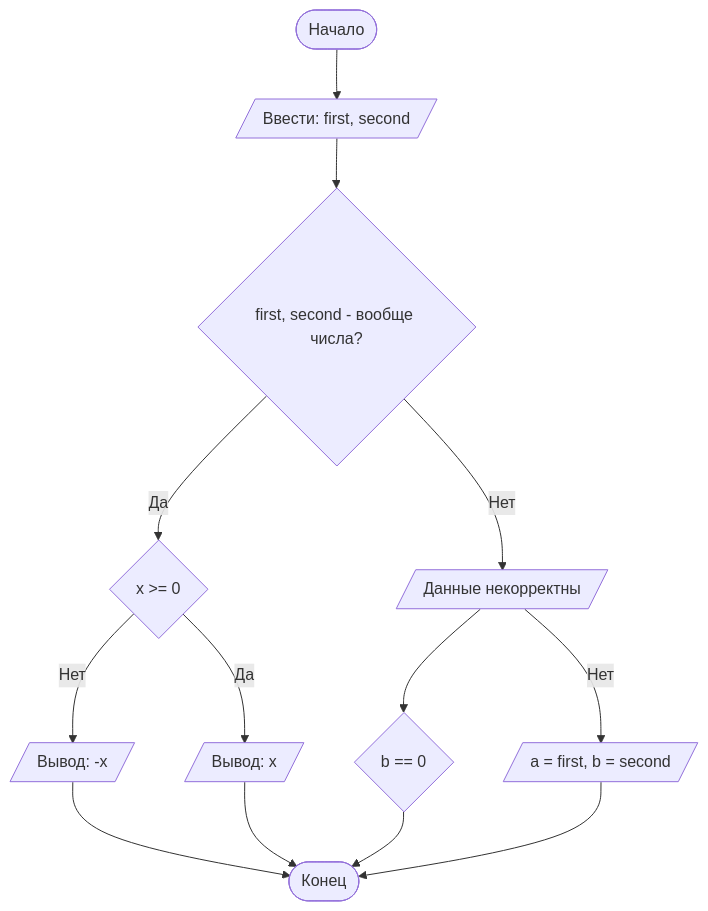
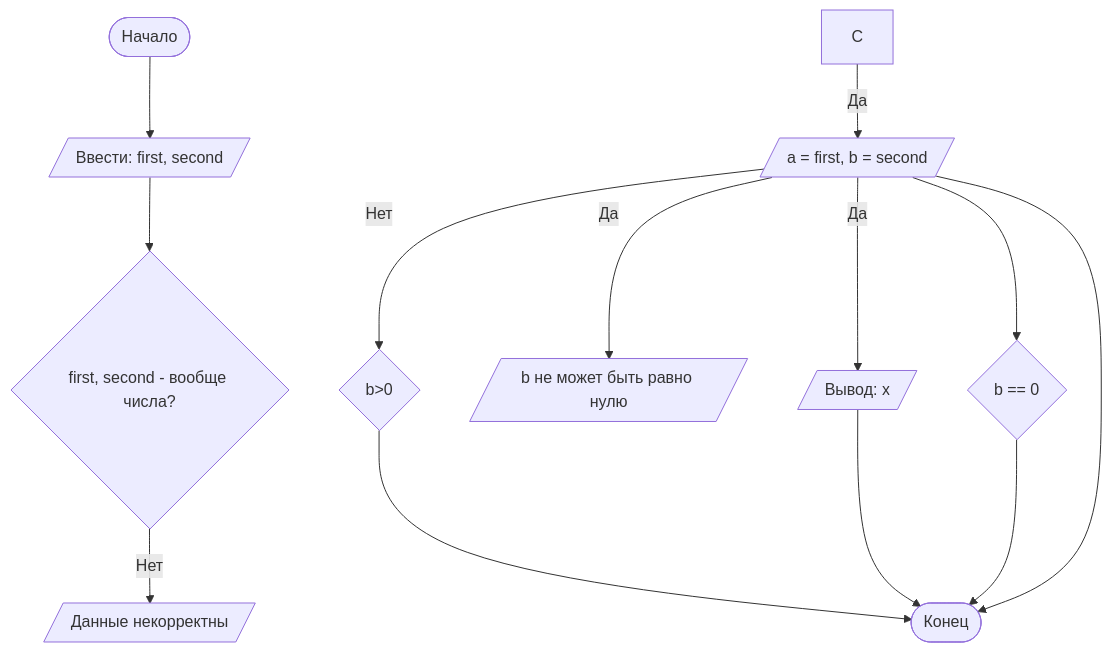
One commit to EDINDANDIL/Lab1 changed the diagram in README.md. Above: the diagram before and after it, drawn with Mermaid.

````diff
--- a/README.md
+++ b/README.md
@@ -112,16 +112,16 @@
 ```mermaid
 graph TD
     A([Начало]) --> B[/Ввести: first, second/]
     B --> C{first, second - вообще числа?}
     C -- Нет --> D[/Данные некорректны/]
-    D -- Нет --> E[/a = first, b = second/]
-    D --> H{b == 0}
-    C -- Да --> I{x >= 0}
-    I -- Нет --> J[/Вывод: -x/]
-    I -- Да --> K[/Вывод: x/]
+    С -- Да --> E[/a = first, b = second/]
+    E --> H{b == 0}
+    E -- Да --> I[/b не может быть равно нулю/]
+    E -- Нет --> J{b>0}
+    E -- Да --> K[/Вывод: x/]
     J --> Z
     K --> Z
     H --> Z
     E --> Z([Конец])
 
 ```
````
